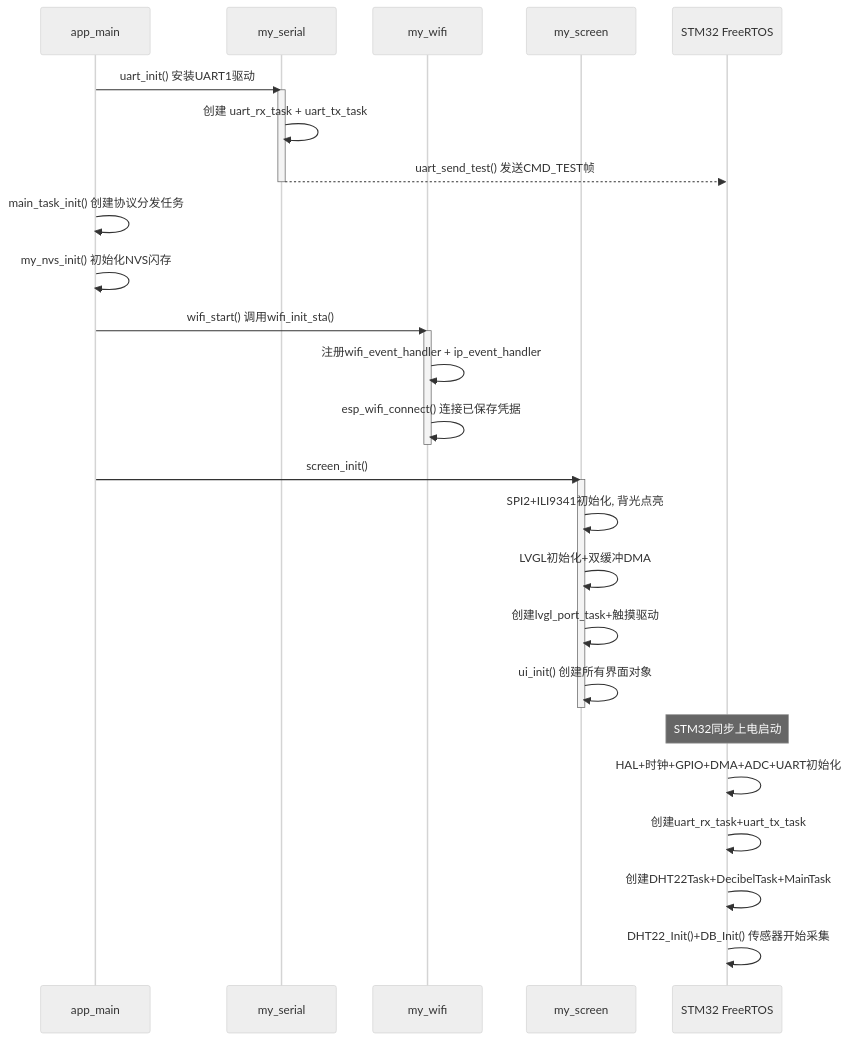
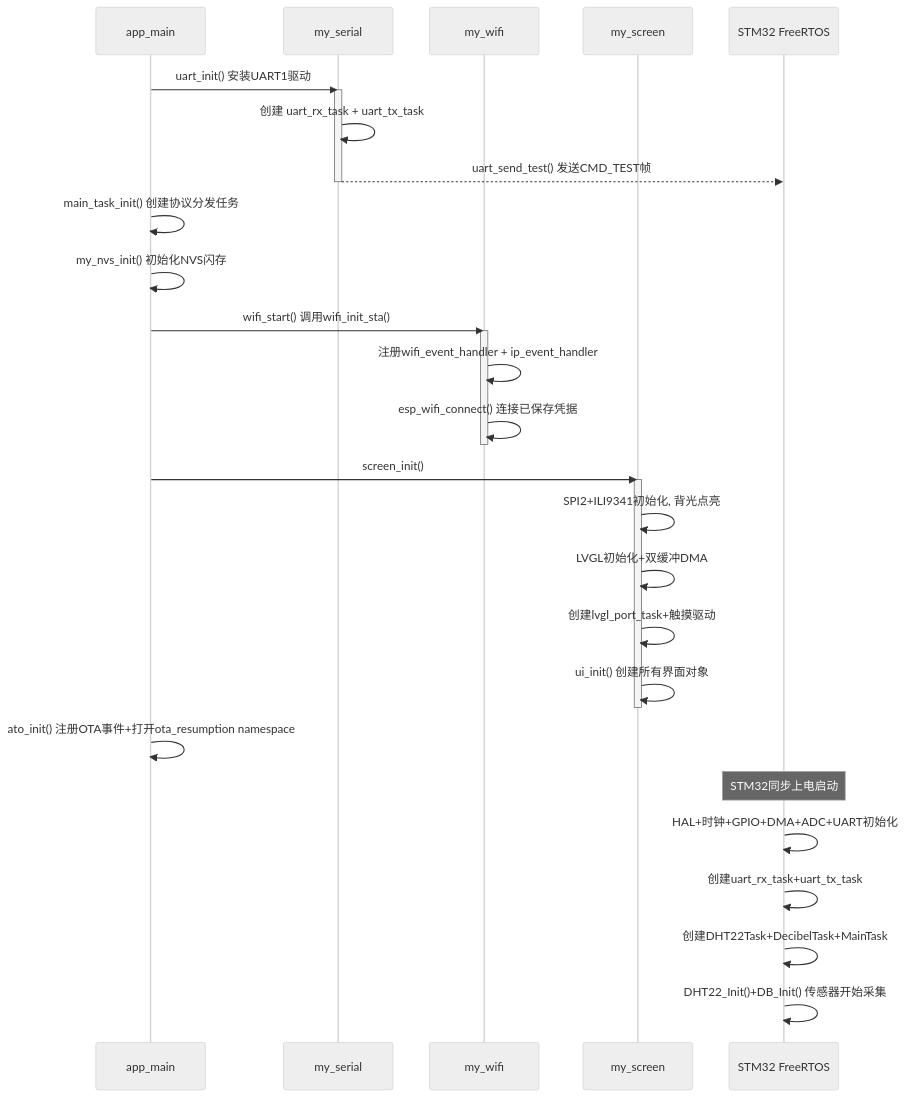
The first of 5 diagrams in README.md (Li-HF2025/-enviroment_monitor_-_1_), drawn with Mermaid (neutral theme) before and after one commit. The commit also changed other lines of this file, not shown here.

First line of the commit message:
Update README: OTA MD5-based breakpoint matching, startup sequence

````diff
--- a/README.md
+++ b/README.md
@@ -999,37 +1000,39 @@
 ```mermaid
 sequenceDiagram
     participant APP as app_main
     participant UART as my_serial
     participant WIFI as my_wifi
     participant SCR as my_screen
     participant STM as STM32 FreeRTOS
 
     APP->>UART: uart_init() 安装UART1驱动
     activate UART
     UART->>UART: 创建 uart_rx_task + uart_tx_task
     UART-->>STM: uart_send_test() 发送CMD_TEST帧
     deactivate UART
 
     APP->>APP: main_task_init() 创建协议分发任务
     APP->>APP: my_nvs_init() 初始化NVS闪存
 
     APP->>WIFI: wifi_start() 调用wifi_init_sta()
     activate WIFI
     WIFI->>WIFI: 注册wifi_event_handler + ip_event_handler
     WIFI->>WIFI: esp_wifi_connect() 连接已保存凭据
     deactivate WIFI
 
     APP->>SCR: screen_init()
     activate SCR
     SCR->>SCR: SPI2+ILI9341初始化, 背光点亮
     SCR->>SCR: LVGL初始化+双缓冲DMA
     SCR->>SCR: 创建lvgl_port_task+触摸驱动
     SCR->>SCR: ui_init() 创建所有界面对象
     deactivate SCR
 
+    APP->>APP: ato_init() 注册OTA事件+打开ota_resumption namespace
+
     Note over STM: STM32同步上电启动
     STM->>STM: HAL+时钟+GPIO+DMA+ADC+UART初始化
     STM->>STM: 创建uart_rx_task+uart_tx_task
     STM->>STM: 创建DHT22Task+DecibelTask+MainTask
     STM->>STM: DHT22_Init()+DB_Init() 传感器开始采集
 ```
````
